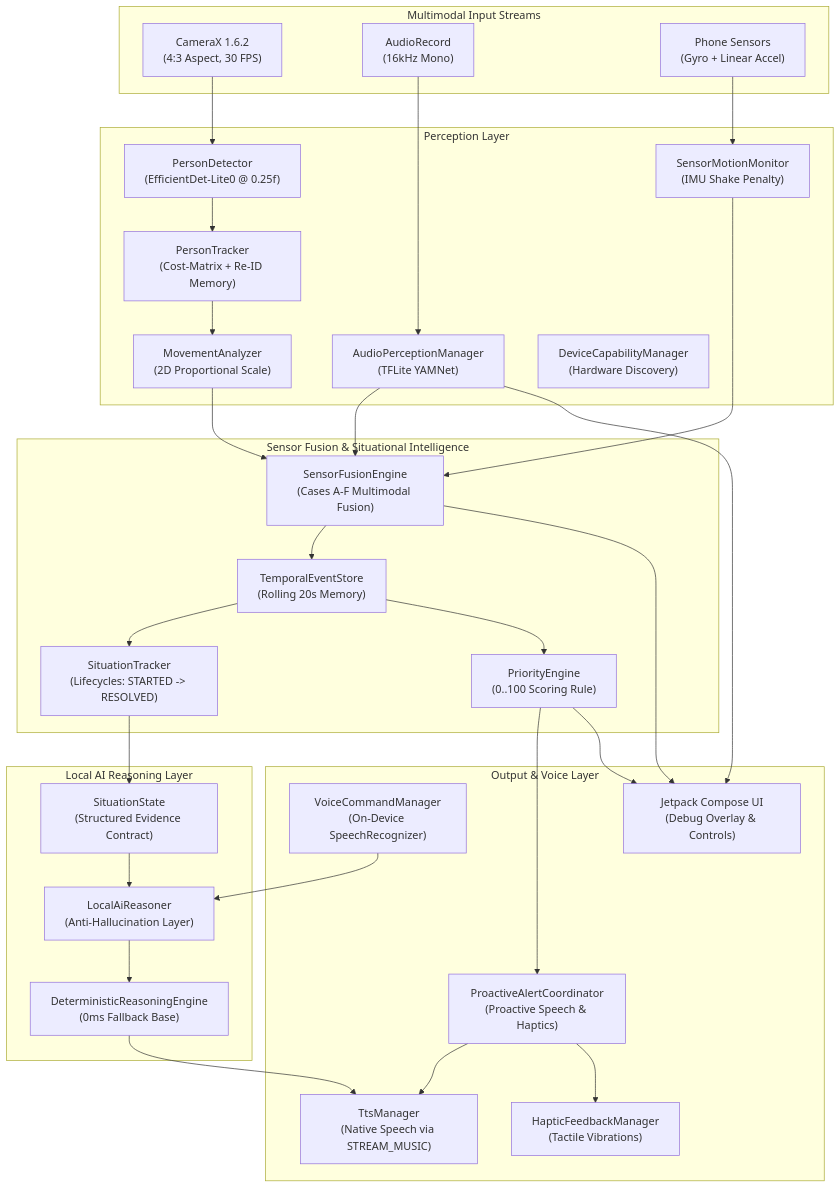
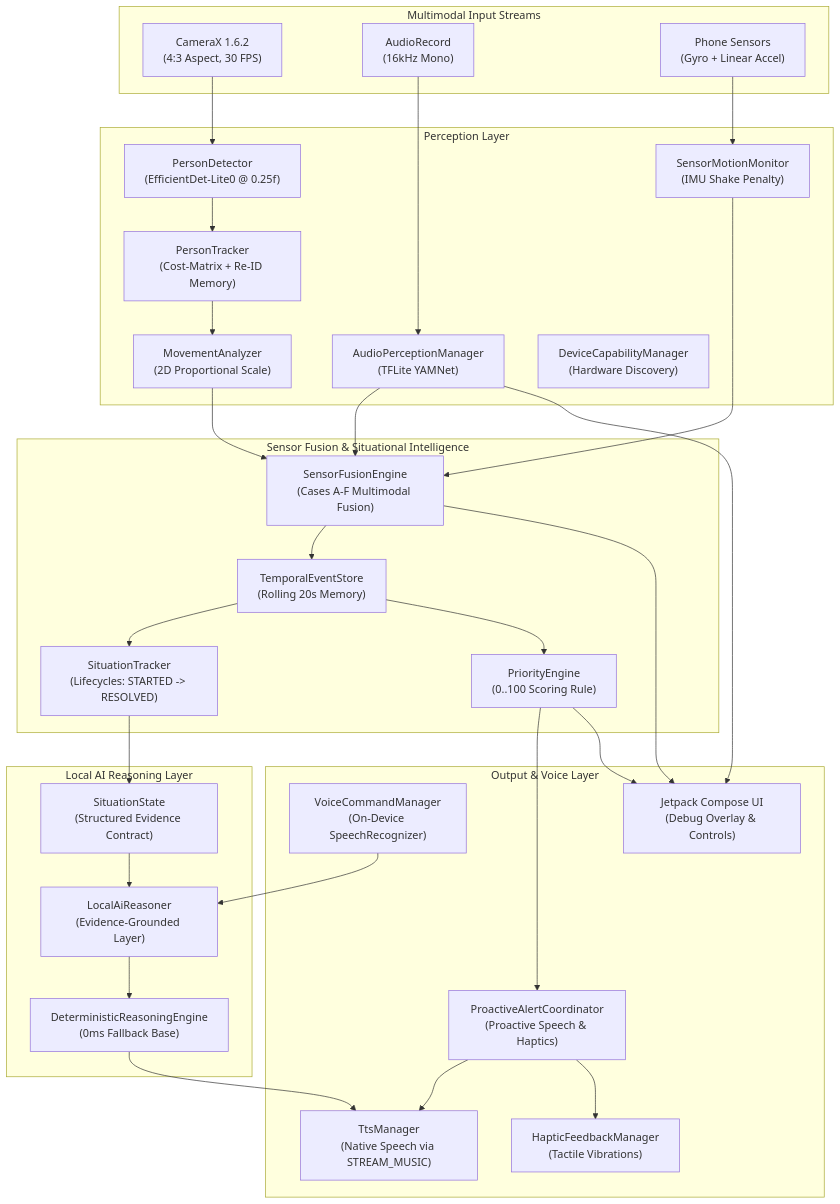
The diagram in README.md (garlapati3105-cmd/Pulse), drawn with Mermaid before and after one commit. The commit also changed other lines of this file, not shown here.

Commit message:
Fix README.md claims: Evidence-grounded local reasoning, defensible accuracy statements, precise on-device processing wording, MediaPipe category allowlisting, and test-run presentation

````diff
--- a/README.md
+++ b/README.md
@@ -141,51 +141,51 @@
 ```mermaid
 flowchart TD
     subgraph Input_Streams["Multimodal Input Streams"]
         CAM["CameraX 1.6.2\n(4:3 Aspect, 30 FPS)"]
         MIC["AudioRecord\n(16kHz Mono)"]
         IMU["Phone Sensors\n(Gyro + Linear Accel)"]
     end
 
     subgraph Perception_Layer["Perception Layer"]
         VD["PersonDetector\n(EfficientDet-Lite0 @ 0.25f)"]
         TR["PersonTracker\n(Cost-Matrix + Re-ID Memory)"]
         MA["MovementAnalyzer\n(2D Proportional Scale)"]
         AC["AudioPerceptionManager\n(TFLite YAMNet)"]
         SM["SensorMotionMonitor\n(IMU Shake Penalty)"]
         DEV["DeviceCapabilityManager\n(Hardware Discovery)"]
     end
 
     subgraph Fusion_And_Intelligence["Sensor Fusion & Situational Intelligence"]
         FE["SensorFusionEngine\n(Cases A-F Multimodal Fusion)"]
         ST["SituationTracker\n(Lifecycles: STARTED -> RESOLVED)"]
         ES["TemporalEventStore\n(Rolling 20s Memory)"]
         PE["PriorityEngine\n(0..100 Scoring Rule)"]
     end
 
     subgraph Local_AI_Reasoning["Local AI Reasoning Layer"]
         SC["SituationState\n(Structured Evidence Contract)"]
-        LAR["LocalAiReasoner\n(Anti-Hallucination Layer)"]
+        LAR["LocalAiReasoner\n(Evidence-Grounded Layer)"]
         DRE["DeterministicReasoningEngine\n(0ms Fallback Base)"]
     end
 
     subgraph Output_Layer["Output & Voice Layer"]
         PA["ProactiveAlertCoordinator\n(Proactive Speech & Haptics)"]
         VCM["VoiceCommandManager\n(On-Device SpeechRecognizer)"]
         TTS["TtsManager\n(Native Speech via STREAM_MUSIC)"]
         HAP["HapticFeedbackManager\n(Tactile Vibrations)"]
         UI["Jetpack Compose UI\n(Debug Overlay & Controls)"]
     end
 
     CAM --> VD --> TR --> MA --> FE
     IMU --> SM --> FE
     MIC --> AC --> FE
     FE --> ES --> ST --> SC
     ES --> PE
     SC --> LAR --> DRE --> TTS
     PE --> PA --> TTS
     PA --> HAP
     VCM --> LAR
     FE --> UI
     PE --> UI
     AC --> UI
 ```
````
